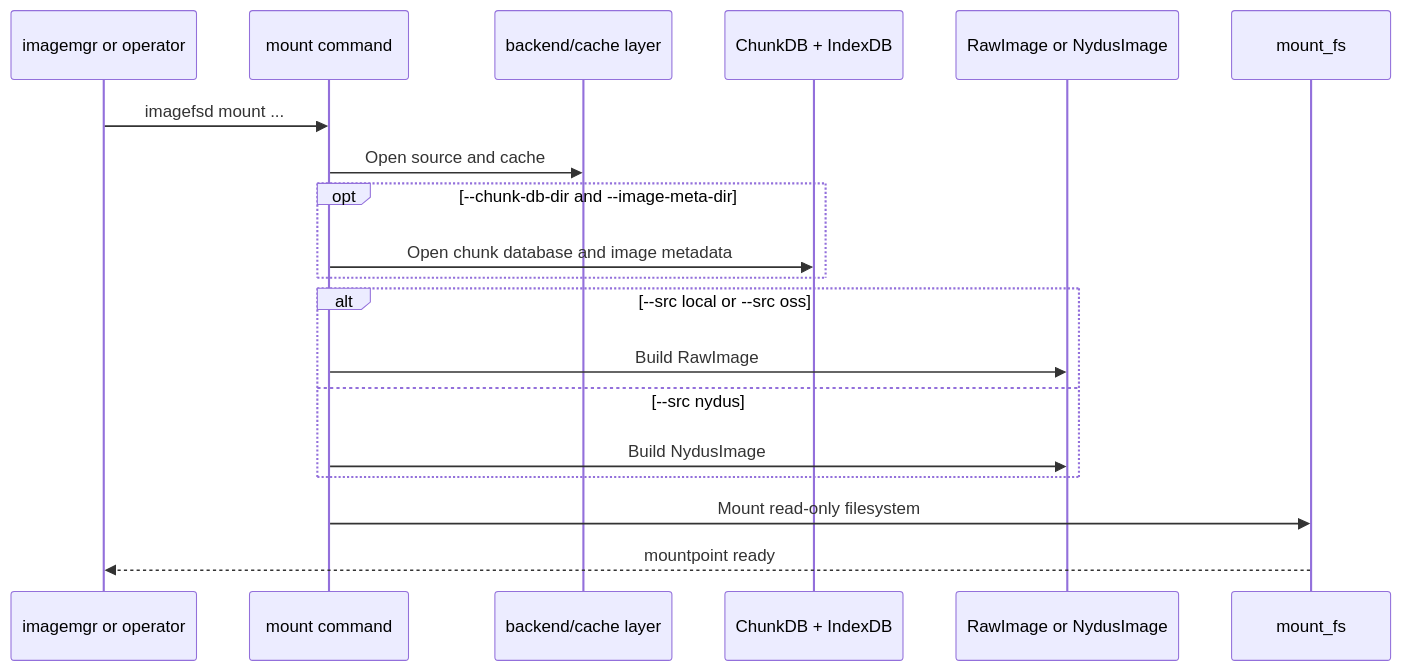
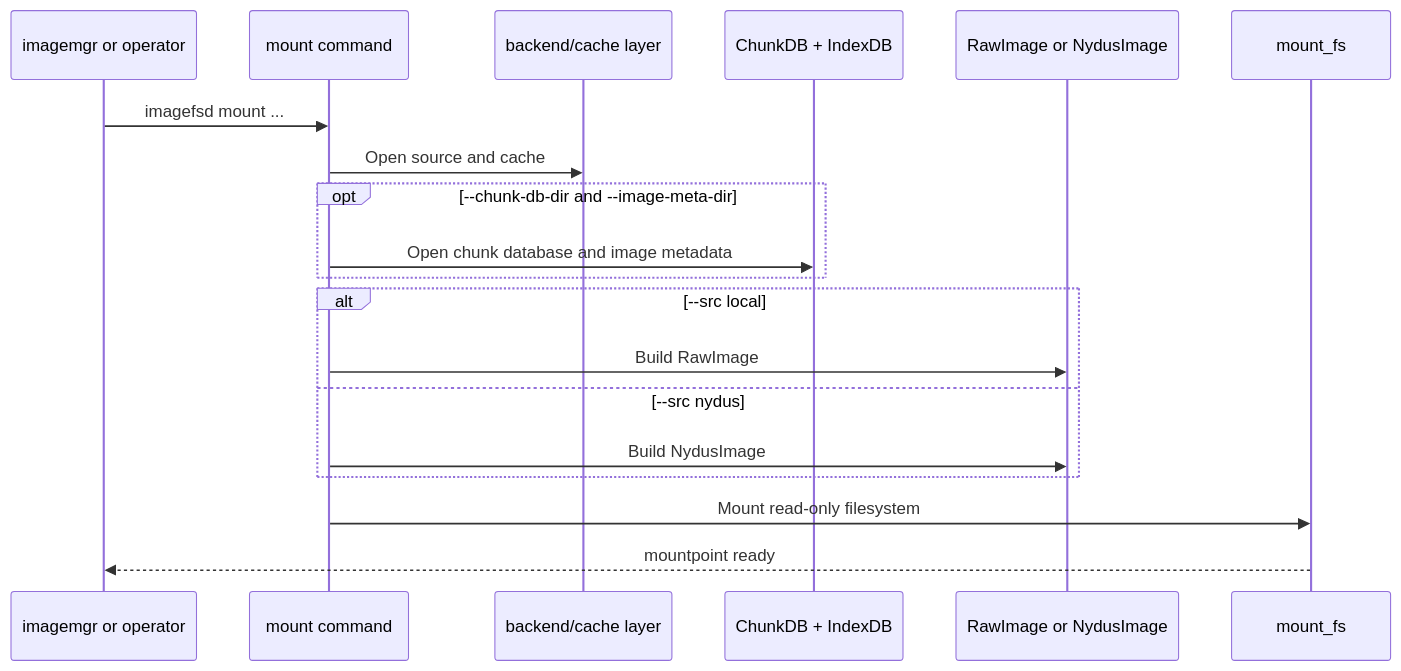
One commit to cofy-x/axern changed the second of 4 diagrams in runtime/imagefsd/docs/architecture.md. Above: the diagram before and after it, drawn with Mermaid. The commit also changed other lines of this file and 120 other files, not shown here.

````diff
--- a/runtime/imagefsd/docs/architecture.md
+++ b/runtime/imagefsd/docs/architecture.md
@@ -43,22 +42,22 @@
 ```mermaid
 sequenceDiagram
     participant Caller as imagemgr or operator
     participant CLI as mount command
     participant Backend as backend/cache layer
     participant Dedup as ChunkDB + IndexDB
     participant Image as RawImage or NydusImage
     participant FUSE as mount_fs
 
     Caller->>CLI: imagefsd mount ...
     CLI->>Backend: Open source and cache
     opt --chunk-db-dir and --image-meta-dir
         CLI->>Dedup: Open chunk database and image metadata
     end
-    alt --src local or --src oss
+    alt --src local
         CLI->>Image: Build RawImage
     else --src nydus
         CLI->>Image: Build NydusImage
     end
     CLI->>FUSE: Mount read-only filesystem
     FUSE-->>Caller: mountpoint ready
 ```
````
